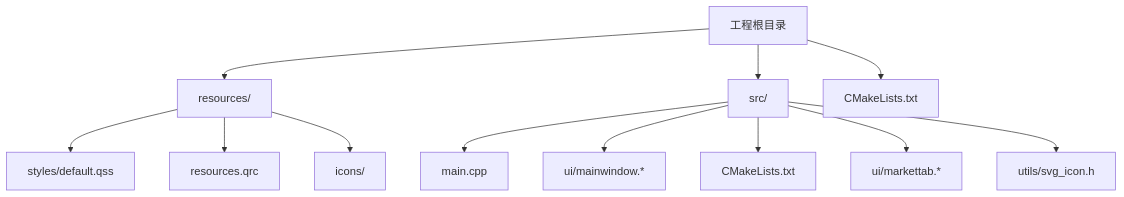
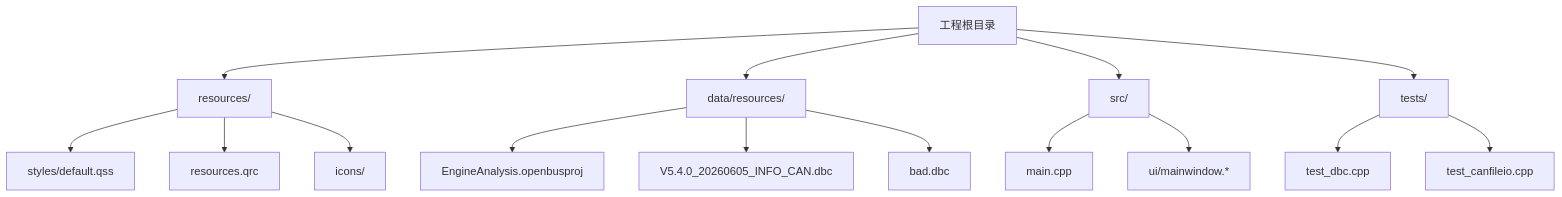
The first of 11 diagrams in .qoder/repowiki/zh/content/资源管理.md (jakecai1225-design/OpenBus), drawn with Mermaid before and after one commit. The commit also changed other lines of this file and 151 other files, not shown here.

````diff
--- a/.qoder/repowiki/zh/content/资源管理.md
+++ b/.qoder/repowiki/zh/content/资源管理.md
@@ -46,14 +47,17 @@
 ```mermaid
 graph TB
 A["工程根目录"] --> B["resources/"]
-A --> C["src/"]
+A --> C["data/resources/"]
+A --> D["src/"]
+A --> E["tests/"]
 B --> B1["styles/default.qss"]
 B --> B2["resources.qrc"]
 B --> B3["icons/"]
-C --> C1["main.cpp"]
-C --> C2["ui/mainwindow.*"]
-C --> C3["CMakeLists.txt"]
-C --> C4["ui/markettab.*"]
-C --> C5["utils/svg_icon.h"]
-A --> D["CMakeLists.txt"]
+C --> C1["EngineAnalysis.openbusproj"]
+C --> C2["V5.4.0_20260605_INFO_CAN.dbc"]
+C --> C3["bad.dbc"]
+D --> D1["main.cpp"]
+D --> D2["ui/mainwindow.*"]
+E --> E1["test_dbc.cpp"]
+E --> E2["test_canfileio.cpp"]
 ```
````
